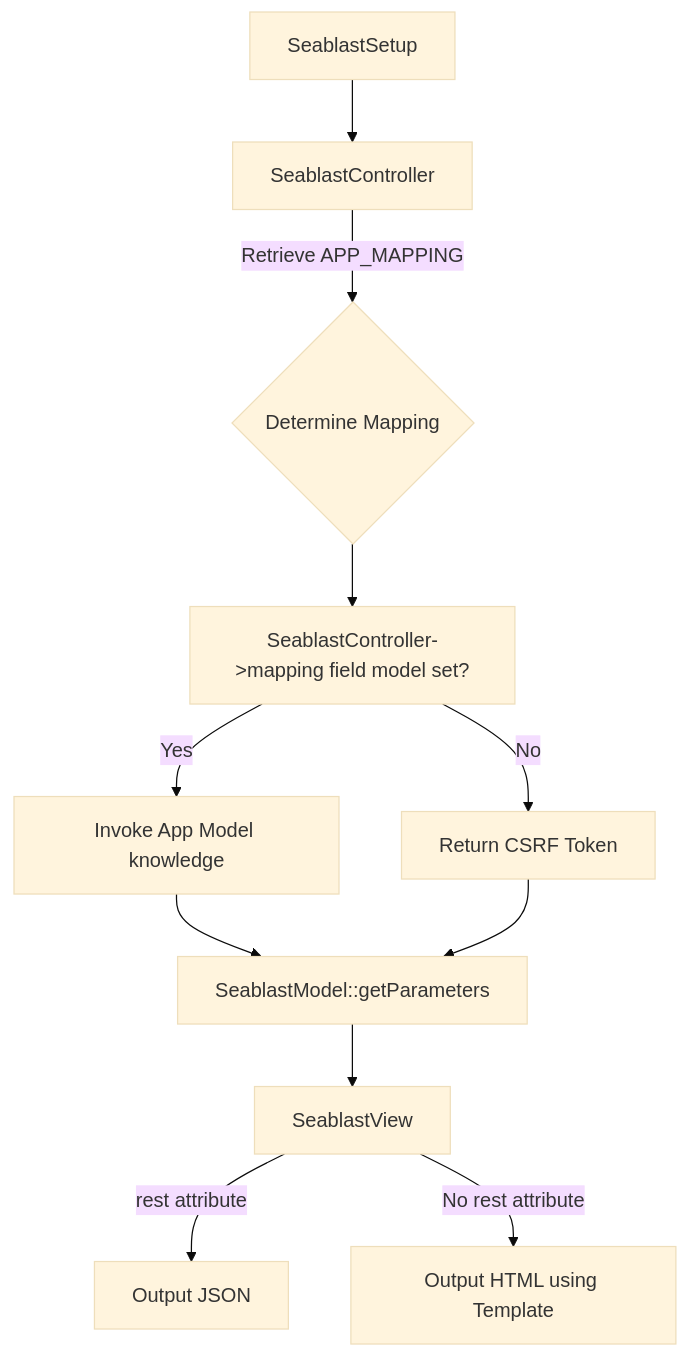
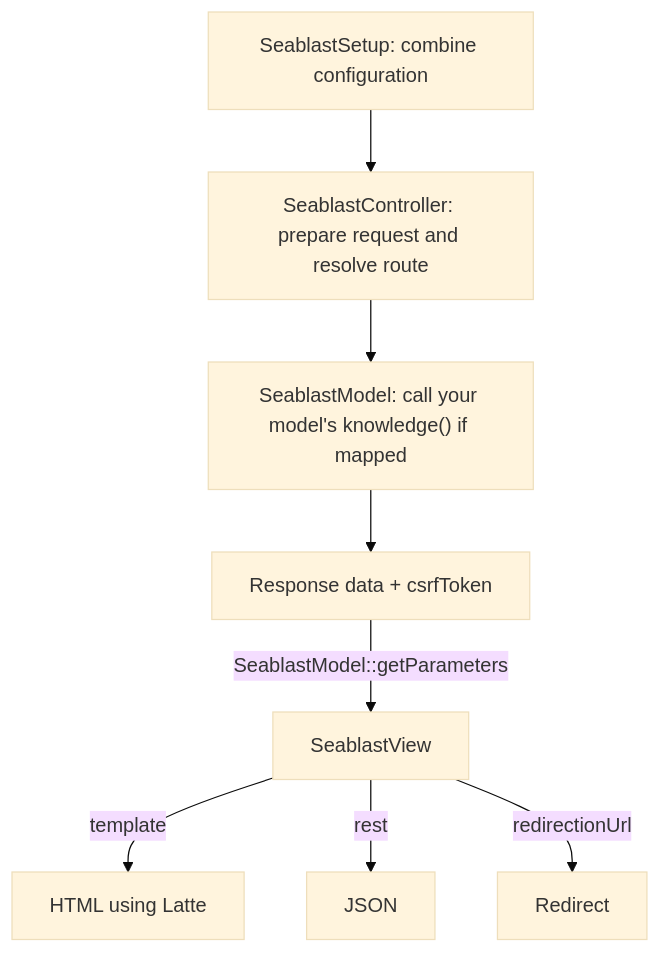
The diagram in src/README.md (WorkOfStan/seablast), drawn with Mermaid (base theme) before and after one commit. The commit also changed other lines of this file and 19 other files, not shown here.

````diff
--- a/src/README.md
+++ b/src/README.md
@@ -18,13 +14,10 @@
 ```mermaid
-graph TD
-    A[SeablastSetup] --> B[SeablastController]
-    B --> |Retrieve APP_MAPPING| C{Determine Mapping}
-    C --> D[SeablastController->mapping field model set?]
-    D -->|Yes| E[Invoke App Model knowledge]
-    D -->|No| F[Return CSRF Token]
-    E --> G[SeablastModel::getParameters]
-    F --> G[SeablastModel::getParameters]
-    G --> H[SeablastView]
-    H --> |rest attribute| I[Output JSON]
-    H --> |No rest attribute| J[Output HTML using Template]
+flowchart TD
+    A["SeablastSetup: combine configuration"] --> B["SeablastController: prepare request and resolve route"]
+    B --> C["SeablastModel: call your model's knowledge() if mapped"]
+    C --> D["Response data + csrfToken"]
+    D -->|SeablastModel::getParameters| E["SeablastView"]
+    E -->|template| F["HTML using Latte"]
+    E -->|rest| G["JSON"]
+    E -->|redirectionUrl| H["Redirect"]
 ```
````
